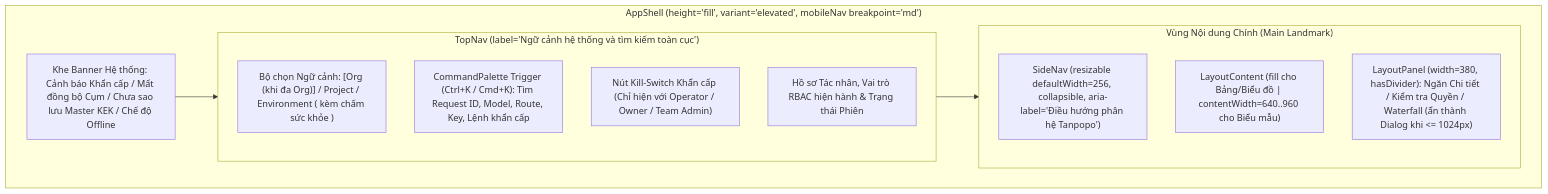
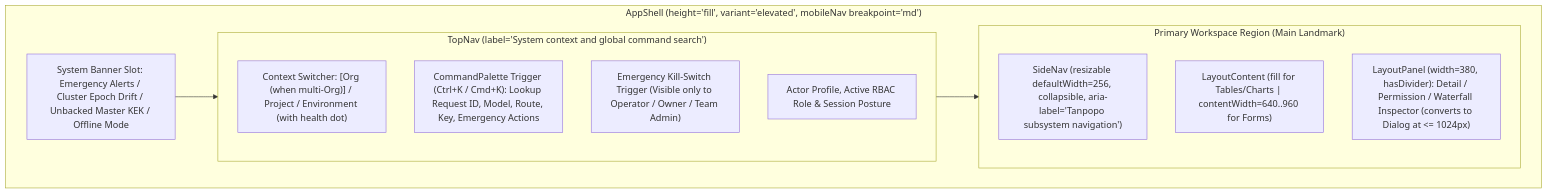
One commit to nguywnben/tanpopo changed the diagram in docs/ux/information-architecture.md. Above: the diagram before and after it, drawn with Mermaid. The commit also changed other lines of this file and 111 other files, not shown here.

````diff
--- a/docs/ux/information-architecture.md
+++ b/docs/ux/information-architecture.md
@@ -27,18 +27,18 @@
 ```mermaid
 flowchart TB
     subgraph Shell["AppShell (height='fill', variant='elevated', mobileNav breakpoint='md')"]
-        BannerSlot["Khe Banner Hệ thống: Cảnh báo Khẩn cấp / Mất đồng bộ Cụm / Chưa sao lưu Master KEK / Chế độ Offline"]
-        subgraph TopBar["TopNav (label='Ngữ cảnh hệ thống và tìm kiếm toàn cục')"]
-            CtxSwitch["Bộ chọn Ngữ cảnh: [Org (khi đa Org)] / Project / Environment ( kèm chấm sức khỏe )"]
-            CmdSearch["CommandPalette Trigger (Ctrl+K / Cmd+K): Tìm Request ID, Model, Route, Key, Lệnh khẩn cấp"]
-            QuickKill["Nút Kill-Switch Khẩn cấp (Chỉ hiện với Operator / Owner / Team Admin)"]
-            UserMenu["Hồ sơ Tác nhân, Vai trò RBAC hiện hành & Trạng thái Phiên"]
+        BannerSlot["System Banner Slot: Emergency Alerts / Cluster Epoch Drift / Unbacked Master KEK / Offline Mode"]
+        subgraph TopBar["TopNav (label='System context and global command search')"]
+            CtxSwitch["Context Switcher: [Org (when multi-Org)] / Project / Environment (with health dot)"]
+            CmdSearch["CommandPalette Trigger (Ctrl+K / Cmd+K): Lookup Request ID, Model, Route, Key, Emergency Actions"]
+            QuickKill["Emergency Kill-Switch Trigger (Visible only to Operator / Owner / Team Admin)"]
+            UserMenu["Actor Profile, Active RBAC Role & Session Posture"]
         end
-        subgraph BodyArea["Vùng Nội dung Chính (Main Landmark)"]
-            SideRail["SideNav (resizable defaultWidth=256, collapsible, aria-label='Điều hướng phân hệ Tanpopo')"]
-            Workspace["LayoutContent (fill cho Bảng/Biểu đồ | contentWidth=640..960 cho Biểu mẫu)"]
-            Inspector["LayoutPanel (width=380, hasDivider): Ngăn Chi tiết / Kiểm tra Quyền / Waterfall (ẩn thành Dialog khi <= 1024px)"]
+        subgraph BodyArea["Primary Workspace Region (Main Landmark)"]
+            SideRail["SideNav (resizable defaultWidth=256, collapsible, aria-label='Tanpopo subsystem navigation')"]
+            Workspace["LayoutContent (fill for Tables/Charts | contentWidth=640..960 for Forms)"]
+            Inspector["LayoutPanel (width=380, hasDivider): Detail / Permission / Waterfall Inspector (converts to Dialog at <= 1024px)"]
         end
     end
     BannerSlot --> TopBar --> BodyArea
 ```
````
